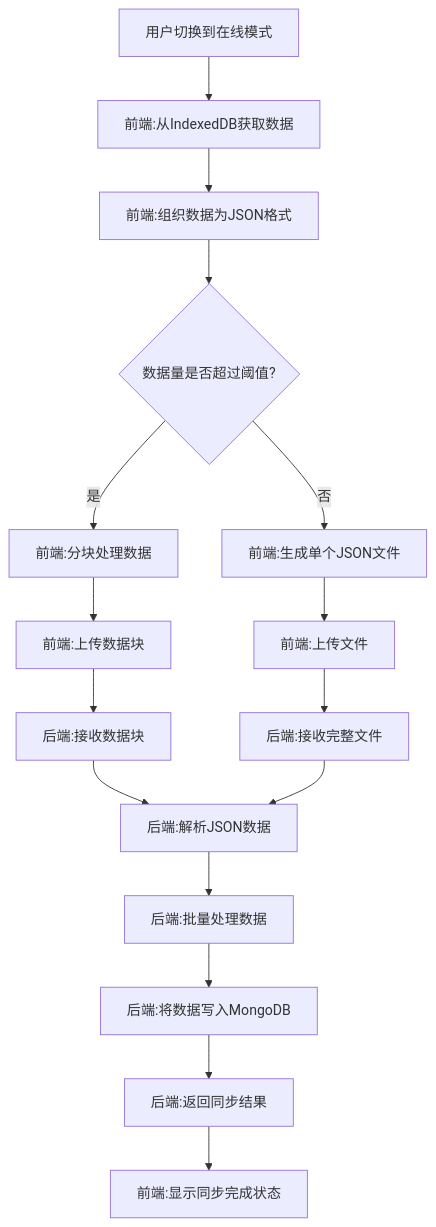
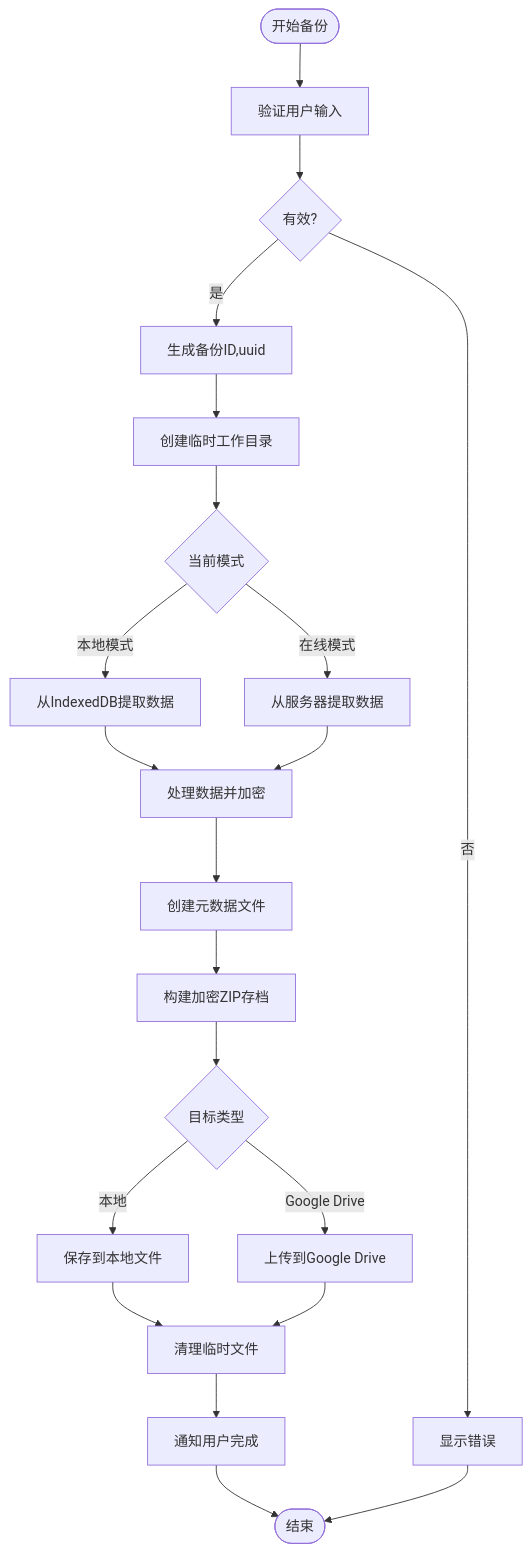
One commit to yingjianzh/iodraw-files changed the diagram in all/未命名-60.md. Above: the diagram before and after it, drawn with Mermaid.

Commit message:
2025-05-15 13:38:49 update

````diff
--- a/all/未命名-60.md
+++ b/all/未命名-60.md
@@ -1,21 +1,34 @@
 ```mermaid
 
+
 flowchart TD
-    A[用户切换到在线模式] --> B[前端:从IndexedDB获取数据]
-    B --> C[前端:组织数据为JSON格式]
-    C --> D{数据量是否超过阈值?}
-    D -->|是| E[前端:分块处理数据]
-    D -->|否| F[前端:生成单个JSON文件]
-    E --> G[前端:上传数据块]
-    F --> H[前端:上传文件]
-    G --> I[后端:接收数据块]
-    H --> J[后端:接收完整文件]
-    I --> K[后端:解析JSON数据]
-    J --> K
-    K --> L[后端:批量处理数据]
-    L --> M[后端:将数据写入MongoDB]
-    M --> N[后端:返回同步结果]
-    N --> O[前端:显示同步完成状态]
-
+    Start([开始备份]) --> ValidateInput[验证用户输入]
+    ValidateInput --> InputValid{有效?}
+    InputValid -->|否| ShowError[显示错误]
+    InputValid -->|是| GenerateBackupID[生成备份ID,uuid]
+    
+    GenerateBackupID --> CreateTemp[创建临时工作目录]
+    
+    CreateTemp --> CheckMode{当前模式}
+    CheckMode -->|本地模式| ExtractFromIndexedDB[从IndexedDB提取数据]
+    CheckMode -->|在线模式| ExtractFromServer[从服务器提取数据]
+    
+    ExtractFromIndexedDB --> ProcessData[处理数据并加密]
+    ExtractFromServer --> ProcessData
+    
+    ProcessData --> CreateMetadata[创建元数据文件]
+    CreateMetadata --> BuildArchive[构建加密ZIP存档]
+    
+    BuildArchive --> DestinationType{目标类型}
+    DestinationType -->|本地| SaveToLocal[保存到本地文件]
+    DestinationType -->|Google Drive| UploadToGDrive[上传到Google Drive]
+    
+    SaveToLocal --> CleanupTemp[清理临时文件]
+    UploadToGDrive --> CleanupTemp
+    
+    CleanupTemp --> NotifyUser[通知用户完成]
+    NotifyUser --> End([结束])
+    
+    ShowError --> End
 
 ```
````
